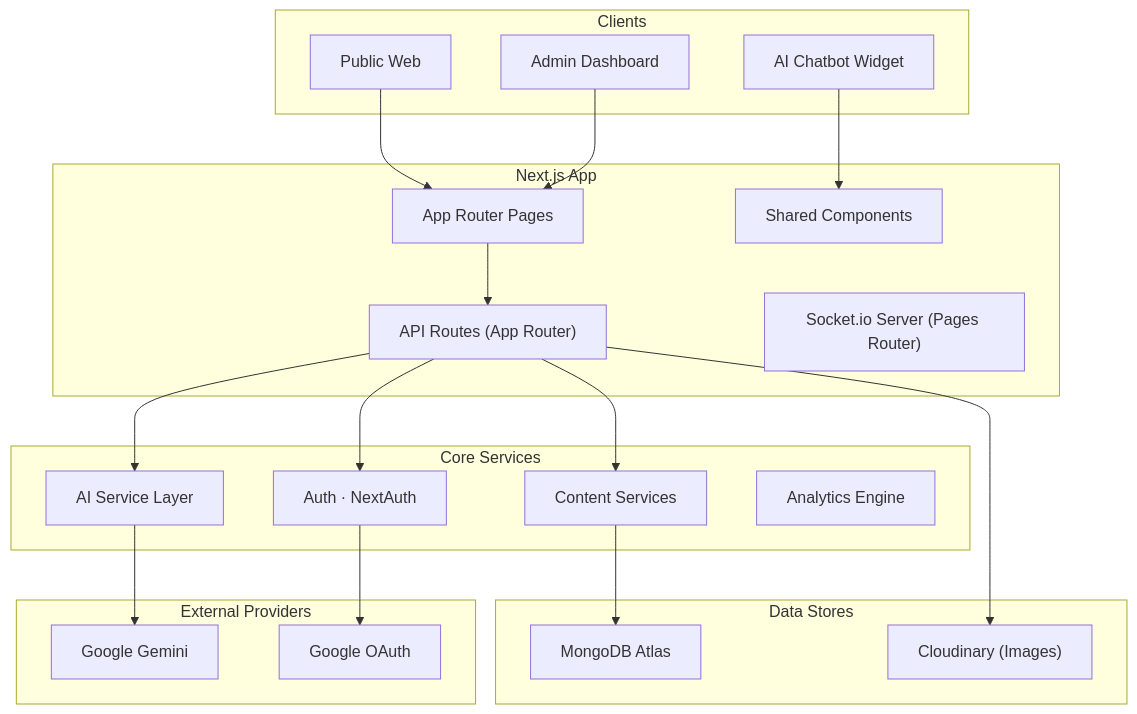
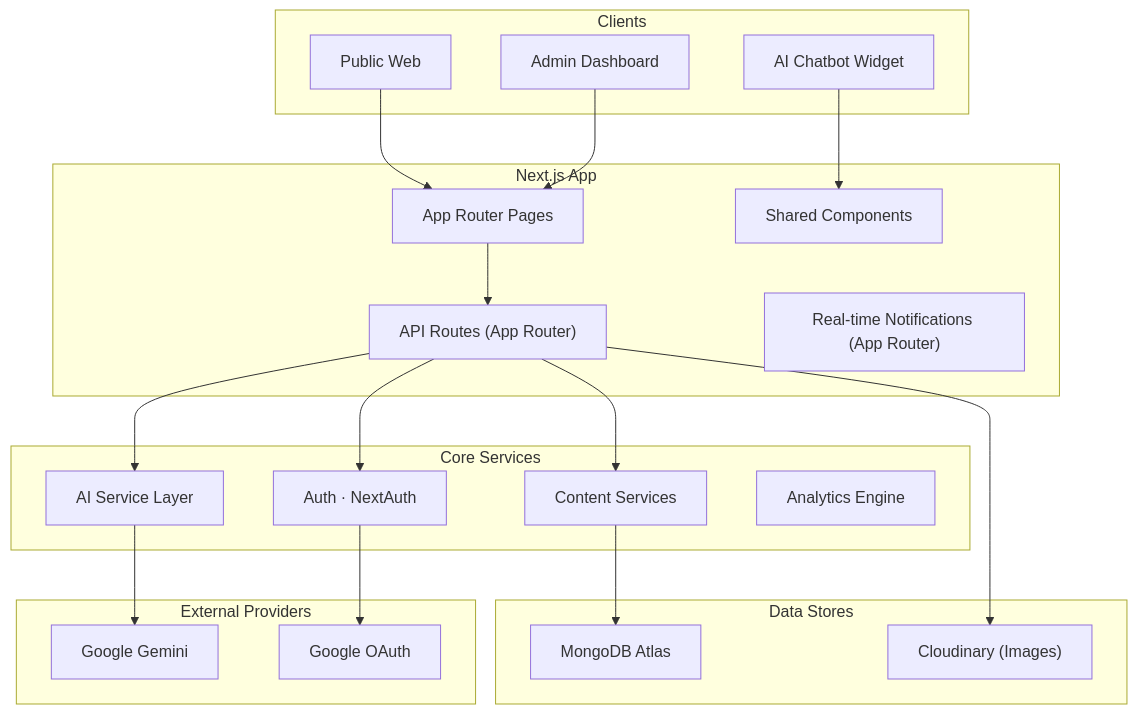
Before and after one commit to ashwanik0777/blog: the diagram in README.md, drawn with Mermaid. The commit also changed other lines of this file and 4 other files, not shown here.

````diff
--- a/README.md
+++ b/README.md
@@ -64,40 +64,40 @@
 ```mermaid
 graph TB
     subgraph Clients
         A["Public Web"]
         B["Admin Dashboard"]
         C["AI Chatbot Widget"]
     end
 
     subgraph "Next.js App"
         D["App Router Pages"]
         E["Shared Components"]
         F["API Routes (App Router)"]
-        G["Socket.io Server (Pages Router)"]
+        G["Real-time Notifications (App Router)"]
     end
 
     subgraph "Core Services"
         H["Auth · NextAuth"]
         I["Content Services"]
         J["AI Service Layer"]
         K["Analytics Engine"]
     end
 
     subgraph "Data Stores"
         L["MongoDB Atlas"]
         M["Cloudinary (Images)"]
     end
 
     subgraph "External Providers"
         N["Google Gemini"]
         O["Google OAuth"]
     end
 
     A --> D
     B --> D
     C --> E
     D --> F --> I --> L
     F --> H --> O
     F --> J --> N
     F --> M
 ```
````
